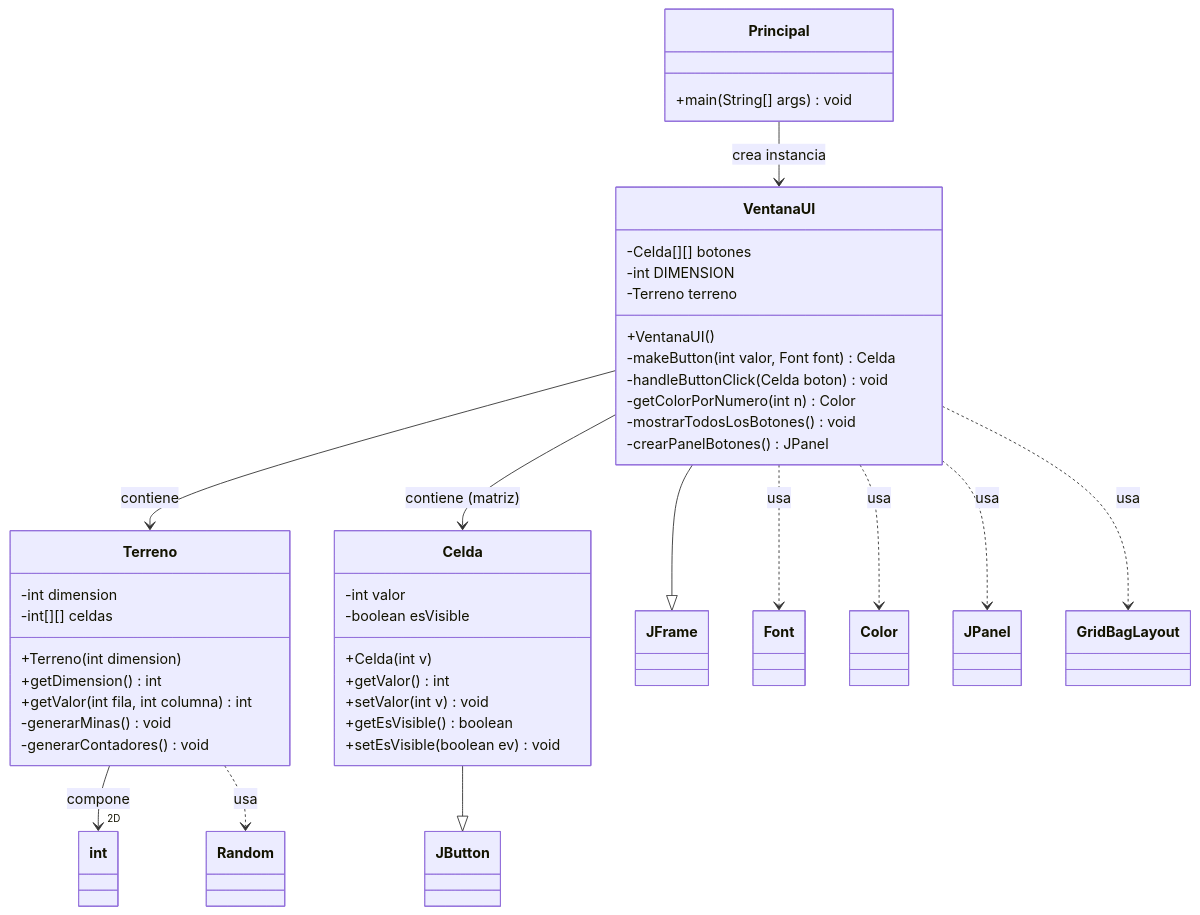
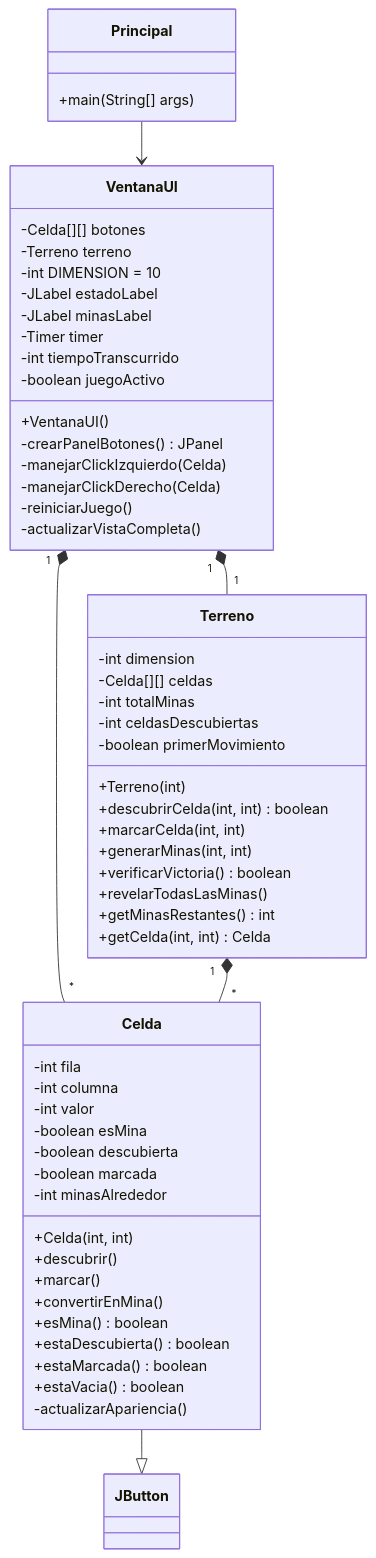
One commit to pum9-jpg/programacion-avanzada changed the second of 3 diagrams in ejemplos/Buscaminas/README.md. Above: the diagram before and after it, drawn with Mermaid. The commit also changed other lines of this file, not shown here.

````diff
--- a/ejemplos/Buscaminas/README.md
+++ b/ejemplos/Buscaminas/README.md
@@ -3,57 +123,64 @@
-``` mermaid
-
+```mermaid
 classDiagram
     class Principal {
-        +main(String[] args) void
+        +main(String[] args)
     }
 
     class VentanaUI {
         -Celda[][] botones
-        -int DIMENSION
         -Terreno terreno
+        -int DIMENSION = 10
+        -JLabel estadoLabel
+        -JLabel minasLabel
+        -Timer timer
+        -int tiempoTranscurrido
+        -boolean juegoActivo
         +VentanaUI()
-        -makeButton(int valor, Font font) Celda
-        -handleButtonClick(Celda boton) void
-        -getColorPorNumero(int n) Color
-        -mostrarTodosLosBotones() void
         -crearPanelBotones() JPanel
-    }
-
-    class Celda {
-        -int valor
-        -boolean esVisible
-        +Celda(int v)
-        +getValor() int
-        +setValor(int v) void
-        +getEsVisible() boolean
-        +setEsVisible(boolean ev) void
+        -manejarClickIzquierdo(Celda)
+        -manejarClickDerecho(Celda)
+        -reiniciarJuego()
+        -actualizarVistaCompleta()
     }
 
     class Terreno {
         -int dimension
-        -int[][] celdas
-        +Terreno(int dimension)
-        +getDimension() int
-        +getValor(int fila, int columna) int
-        -generarMinas() void
-        -generarContadores() void
+        -Celda[][] celdas
+        -int totalMinas
+        -int celdasDescubiertas
+        -boolean primerMovimiento
+        +Terreno(int)
+        +descubrirCelda(int, int) boolean
+        +marcarCelda(int, int)
+        +generarMinas(int, int)
+        +verificarVictoria() boolean
+        +revelarTodasLasMinas()
+        +getMinasRestantes() int
+        +getCelda(int, int) Celda
     }
 
-    %% Relaciones de herencia
-    VentanaUI --|> JFrame
+    class Celda {
+        -int fila
+        -int columna
+        -int valor
+        -boolean esMina
+        -boolean descubierta
+        -boolean marcada
+        -int minasAlrededor
+        +Celda(int, int)
+        +descubrir()
+        +marcar()
+        +convertirEnMina()
+        +esMina() boolean
+        +estaDescubierta() boolean
+        +estaMarcada() boolean
+        +estaVacia() boolean
+        -actualizarApariencia()
+    }
+
+    Principal --> VentanaUI
+    VentanaUI "1" *-- "1" Terreno
+    VentanaUI "1" *-- "*" Celda
+    Terreno "1" *-- "*" Celda
     Celda --|> JButton
-
-    %% Relaciones de composición/agregación
-    VentanaUI --> Terreno : contiene
-    VentanaUI --> Celda : contiene (matriz)
-    Terreno --> "2D" int : compone
-
-    %% Relaciones de uso/dependencia
-    Principal --> VentanaUI : crea instancia
-    VentanaUI ..> Font : usa
-    VentanaUI ..> Color : usa
-    VentanaUI ..> JPanel : usa
-    VentanaUI ..> GridBagLayout : usa
-    Terreno ..> Random : usa
-
 ```
````
